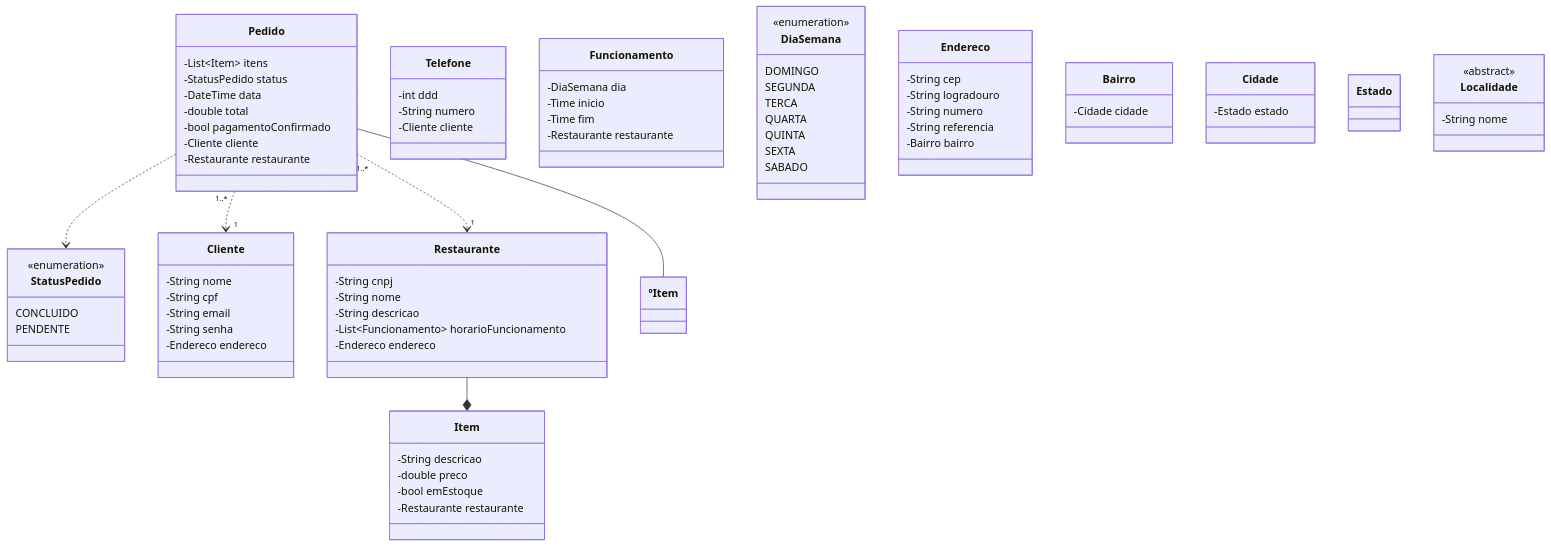
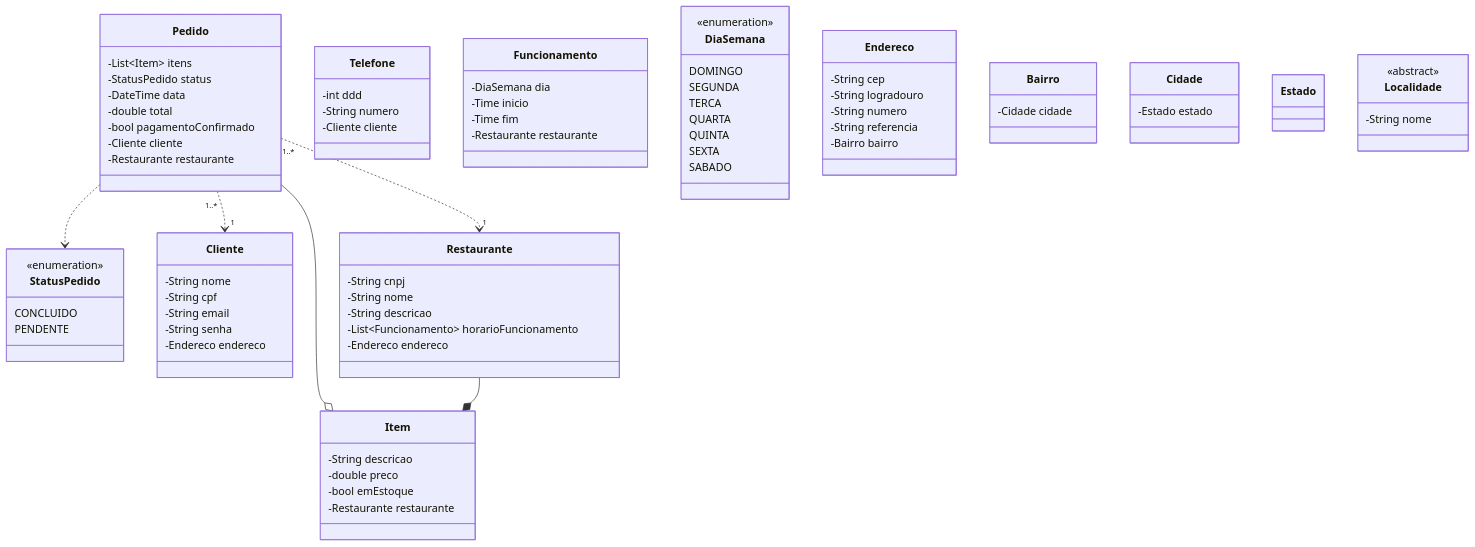
Before and after one commit to gxrj/dio-santander2023: the diagram in desafio-final-backend-dio-santander2023/README.md, drawn with Mermaid.

Commit message:
docs: atualiza a documentação

```diff
--- a/desafio-final-backend-dio-santander2023/README.md
+++ b/desafio-final-backend-dio-santander2023/README.md
@@ -91,7 +91,7 @@
     Pedido "1..*" ..> "1" Cliente
     Pedido "1..*" ..> "1" Restaurante
     Pedido ..> StatusPedido
-    Pedido --º Item
+    Pedido --o Item
     Restaurante --* Item
 
 
```
